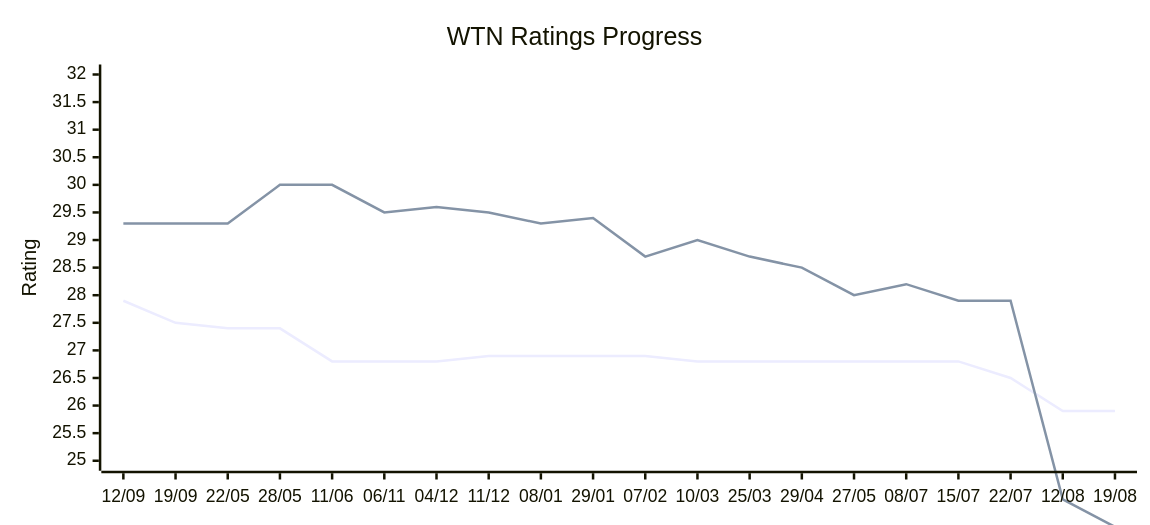
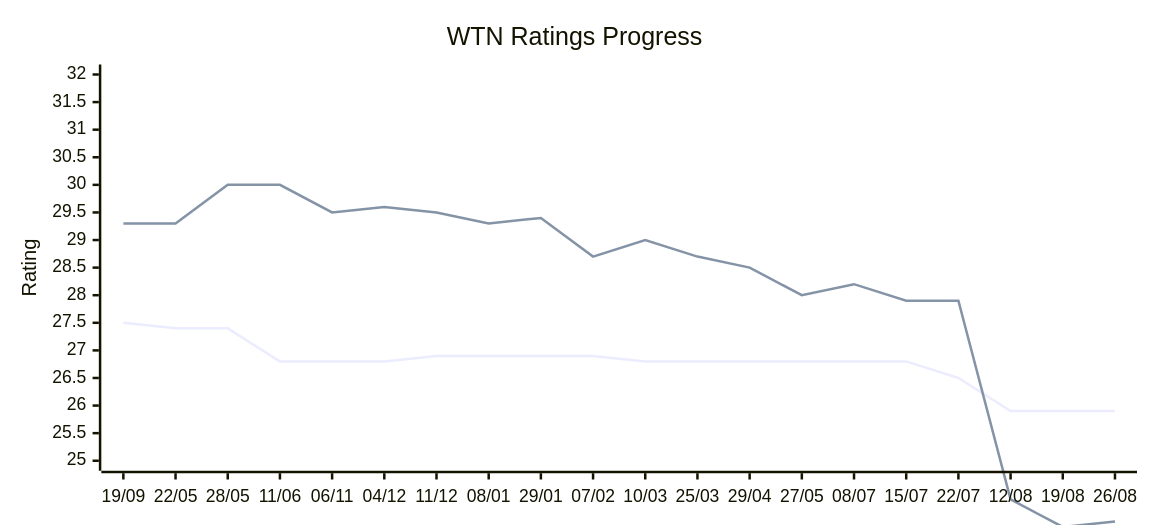
Before and after one commit to jamesrwhite/wtn: the diagram in README.md, drawn with Mermaid. The commit also changed other lines of this file and 1 other file, not shown here.

Commit message:
Updated ratings

````diff
--- a/README.md
+++ b/README.md
@@ -12,14 +12,14 @@
 ```mermaid
 ---
 config:
   xyChart:
     width: 900
     height: 400
 ---
 xychart-beta
   title "WTN Ratings Progress"
-  x-axis ["12/09", "19/09", "22/05", "28/05", "11/06", "06/11", "04/12", "11/12", "08/01", "29/01", "07/02", "10/03", "25/03", "29/04", "27/05", "08/07", "15/07", "22/07", "12/08", "19/08"]
+  x-axis ["19/09", "22/05", "28/05", "11/06", "06/11", "04/12", "11/12", "08/01", "29/01", "07/02", "10/03", "25/03", "29/04", "27/05", "08/07", "15/07", "22/07", "12/08", "19/08", "26/08"]
   y-axis "Rating" 25 --> 32
-  line [27.9, 27.5, 27.4, 27.4, 26.8, 26.8, 26.8, 26.9, 26.9, 26.9, 26.9, 26.8, 26.8, 26.8, 26.8, 26.8, 26.8, 26.5, 25.9, 25.9]
-  line [29.3, 29.3, 29.3, 30.0, 30.0, 29.5, 29.6, 29.5, 29.3, 29.4, 28.7, 29.0, 28.7, 28.5, 28.0, 28.2, 27.9, 27.9, 24.3, 23.8]
+  line [27.5, 27.4, 27.4, 26.8, 26.8, 26.8, 26.9, 26.9, 26.9, 26.9, 26.8, 26.8, 26.8, 26.8, 26.8, 26.8, 26.5, 25.9, 25.9, 25.9]
+  line [29.3, 29.3, 30.0, 30.0, 29.5, 29.6, 29.5, 29.3, 29.4, 28.7, 29.0, 28.7, 28.5, 28.0, 28.2, 27.9, 27.9, 24.3, 23.8, 23.9]
 ```
````
